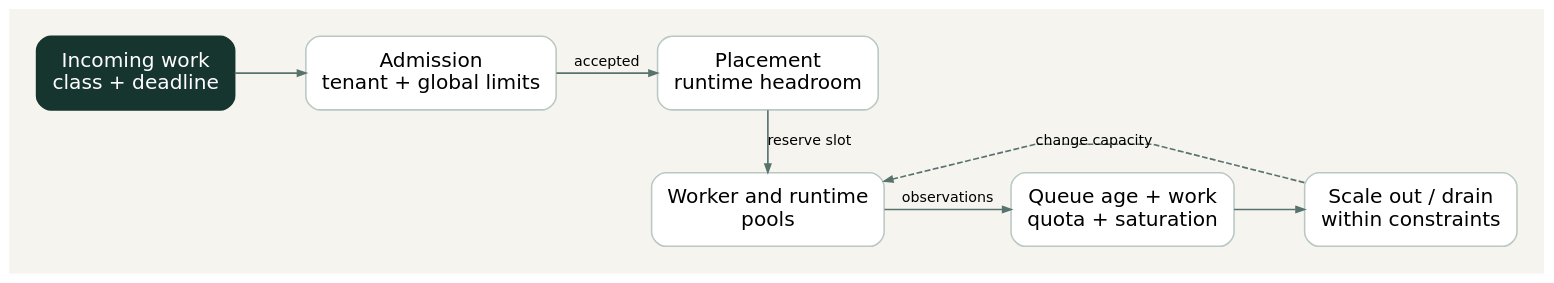
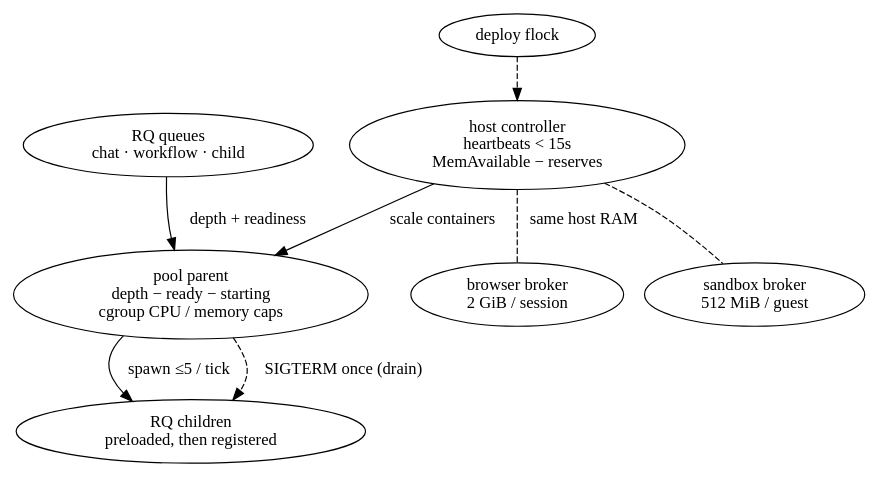
The diagram in src/assets/blog-diagrams/04-autoscaling-ai-workers-queue-age-capacity.dot (Shaunfurtado/Shaunfurtado.github.io), drawn with Graphviz before and after one commit. The commit also changed 114 other files, not shown here.

First line of the commit message:
refactor: rewrite blog posts around real system details and theme the diagrams

```diff
--- a/src/assets/blog-diagrams/04-autoscaling-ai-workers-queue-age-capacity.dot
+++ b/src/assets/blog-diagrams/04-autoscaling-ai-workers-queue-age-capacity.dot
@@ -1,19 +1,17 @@
-digraph design {
-graph [rankdir=TB, bgcolor="#f6f4ee", pad="0.32", nodesep="0.42", ranksep="0.55", splines=polyline, fontname="DejaVu Sans", fontsize=18];
-node [shape=box, style="rounded,filled", fillcolor="#ffffff", color="#b9c8c4", penwidth=1.3, fontname="DejaVu Sans", fontsize=17, margin="0.20,0.16"];
-edge [color="#58736e", fontname="DejaVu Sans", fontsize=12, arrowsize=0.7, penwidth=1.4];
-work [label="Incoming work\nclass + deadline",fillcolor="#16352f",fontcolor="#ffffff",color="#16352f"];
-admit [label="Admission\ntenant + global limits"];
-place [label="Placement\nruntime headroom"];
-pools [label="Worker and runtime\npools"];
-measure [label="Queue age + work\nquota + saturation"];
-scale [label="Scale out / drain\nwithin constraints"];
-work -> admit [label=""];
-admit -> place [label="accepted"];
-place -> pools [label="reserve slot"];
-pools -> measure [label="observations"];
-measure -> scale [label=""];
-scale -> pools [label="change capacity",style=dashed,constraint=false];
-{rank=same; work; admit; place;}
-{rank=same; measure; scale; pools;}
+digraph scaling {
+rankdir=TB;
+queues [label="RQ queues\nchat · workflow · child"];
+pool [label="pool parent\ndepth − ready − starting\ncgroup CPU / memory caps", class="key"];
+kids [label="RQ children\npreloaded, then registered"];
+ctl [label="host controller\nheartbeats < 15s\nMemAvailable − reserves"];
+lock [label="deploy flock", class="ghost"];
+brw [label="browser broker\n2 GiB / session"];
+sbx [label="sandbox broker\n512 MiB / guest"];
+queues -> pool [label="depth + readiness"];
+pool -> kids [label="spawn ≤5 / tick"];
+pool -> kids [label="SIGTERM once (drain)", style=dashed];
+ctl -> pool [label="scale containers"];
+lock -> ctl [style=dashed];
+ctl -> brw [label="same host RAM", style=dashed, dir=none];
+ctl -> sbx [style=dashed, dir=none];
 }
```
